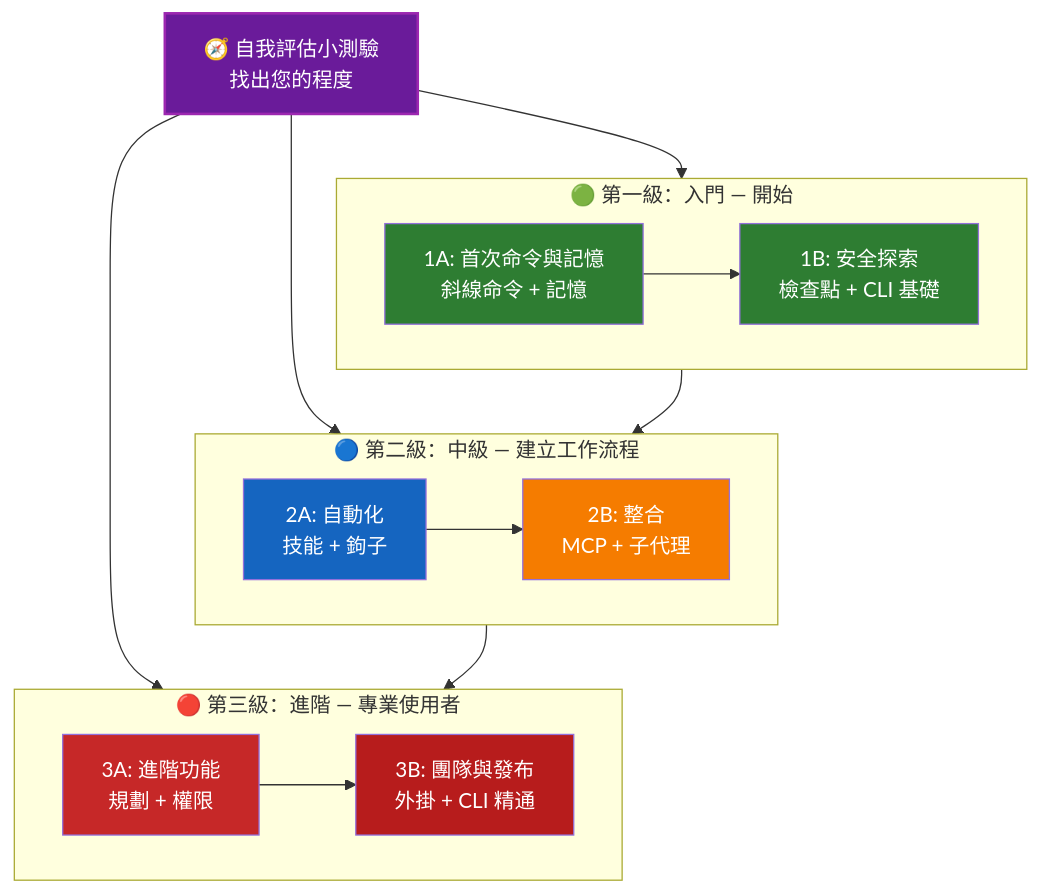
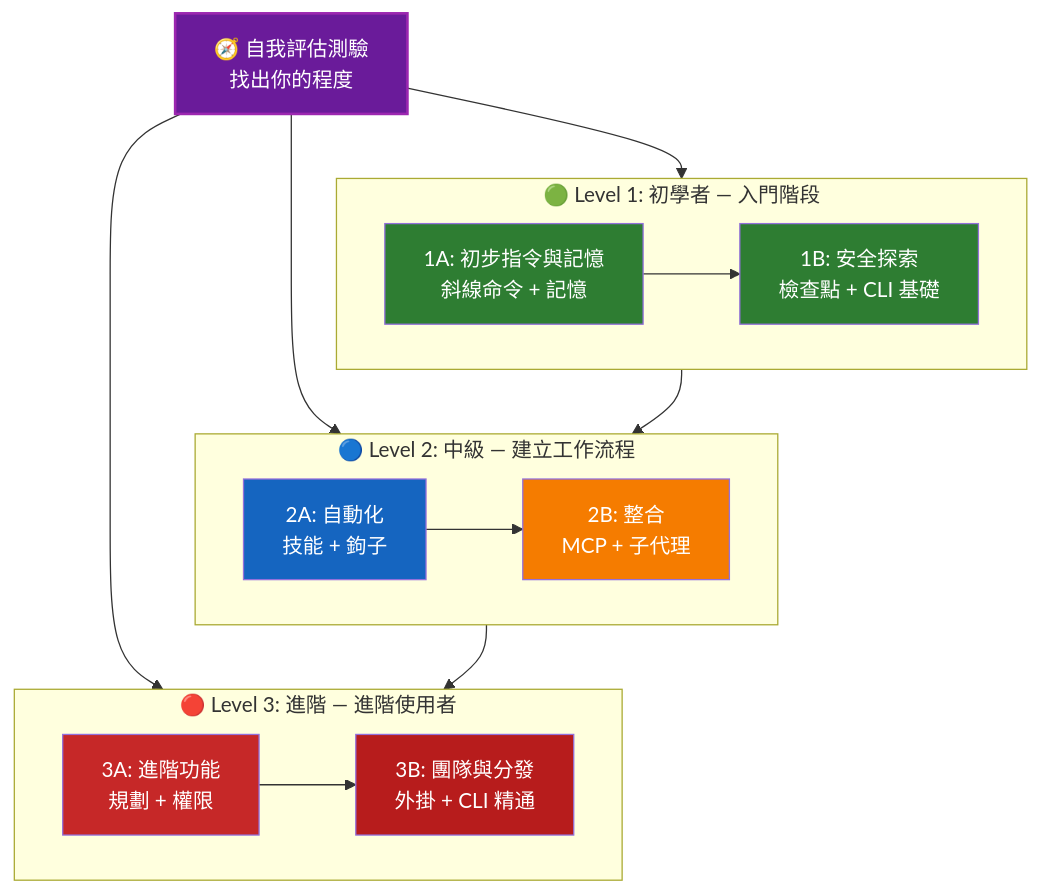
One commit to huckly/claude-howto-zh-tw changed the diagram in LEARNING-ROADMAP.md. Above: the diagram before and after it, drawn with Mermaid. The commit also changed other lines of this file and 8 other files, not shown here.

````diff
--- a/LEARNING-ROADMAP.md
+++ b/LEARNING-ROADMAP.md
@@ -55,32 +55,32 @@
 ```mermaid
 graph TD
-    Q["🧭 自我評估小測驗<br/>找出您的程度"] --> L1
+    Q["🧭 自我評估測驗<br/>找出你的程度"] --> L1
     Q --> L2
     Q --> L3
 
-    subgraph L1["🟢 第一級：入門 — 開始"]
+    subgraph L1["🟢 Level 1: 初學者 — 入門階段"]
         direction LR
-        A["1A: 首次命令與記憶<br/>斜線命令 + 記憶"] --> B["1B: 安全探索<br/>檢查點 + CLI 基礎"]
+        A["1A: 初步指令與記憶<br/>斜線命令 + 記憶"] --> B["1B: 安全探索<br/>檢查點 + CLI 基礎"]
     end
 
-    subgraph L2["🔵 第二級：中級 — 建立工作流程"]
+    subgraph L2["🔵 Level 2: 中級 — 建立工作流程"]
         direction LR
         C["2A: 自動化<br/>技能 + 鉤子"] --> D["2B: 整合<br/>MCP + 子代理"]
     end
 
-    subgraph L3["🔴 第三級：進階 — 專業使用者"]
+    subgraph L3["🔴 Level 3: 進階 — 進階使用者"]
         direction LR
-        E["3A: 進階功能<br/>規劃 + 權限"] --> F["3B: 團隊與發布<br/>外掛 + CLI 精通"]
+        E["3A: 進階功能<br/>規劃 + 權限"] --> F["3B: 團隊與分發<br/>外掛 + CLI 精通"]
     end
 
     L1 --> L2
     L2 --> L3
 
     style Q fill:#6A1B9A,color:#fff,stroke:#9C27B0,stroke-width:2px
     style A fill:#2E7D32,color:#fff
     style B fill:#2E7D32,color:#fff
     style C fill:#1565C0,color:#fff
     style D fill:#F57C00,color:#fff
     style E fill:#C62828,color:#fff
     style F fill:#B71C1C,color:#fff
 ```
````
